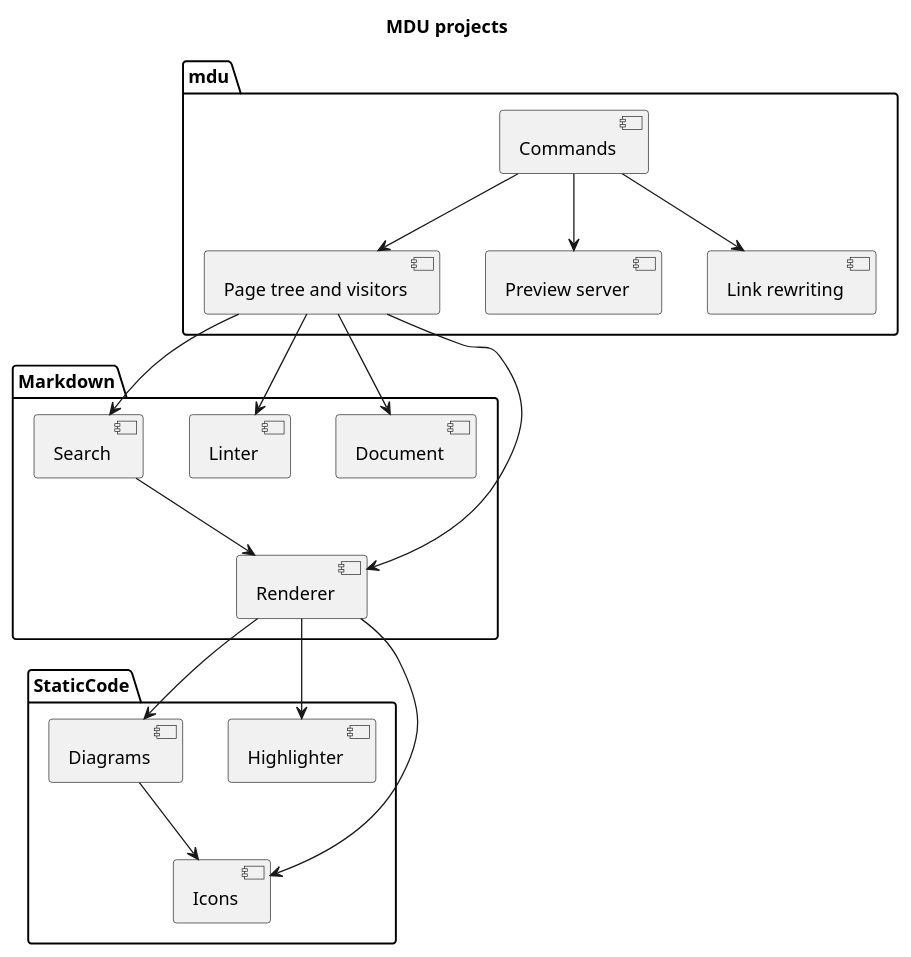
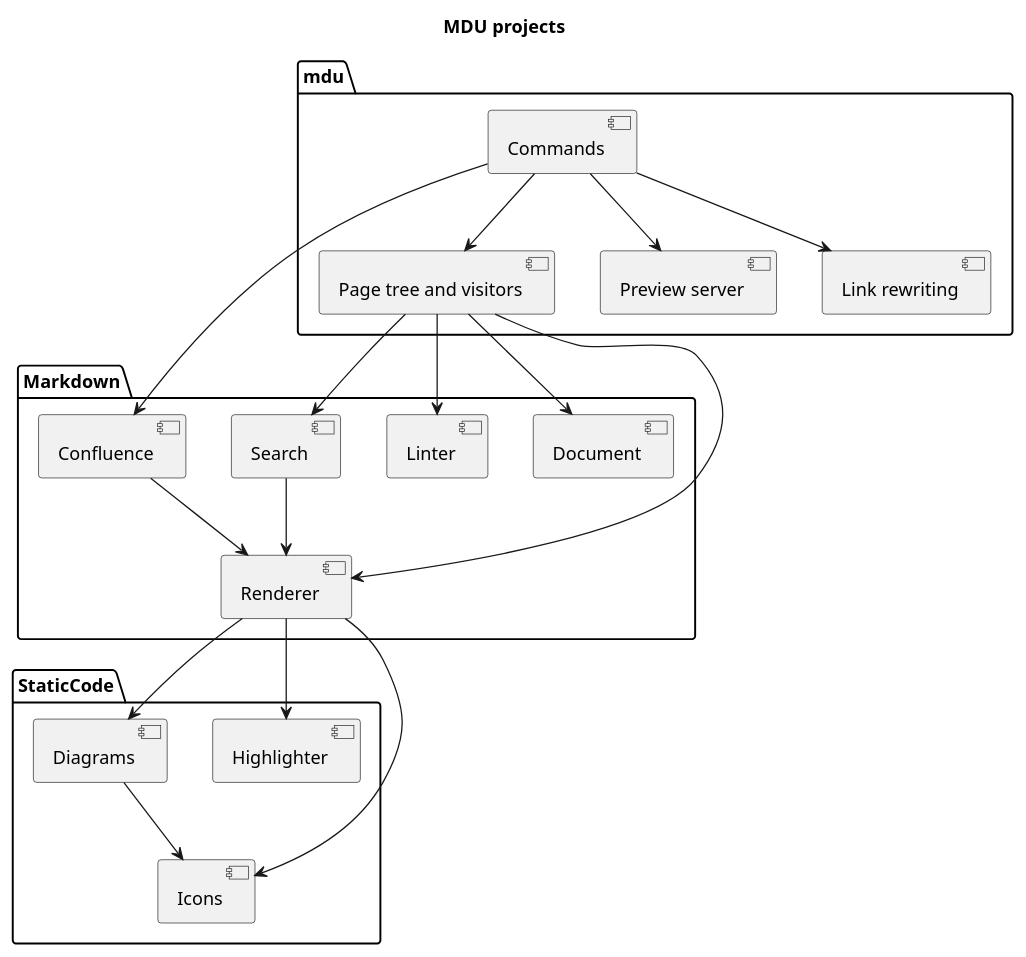
Before and after one commit to capjan/mdu: the diagram in Docs/Architecture/Components.md, drawn with PlantUML. The commit also changed other lines of this file and 22 other files, not shown here.

````diff
--- a/Docs/Architecture/Components.md
+++ b/Docs/Architecture/Components.md
@@ -26,45 +27,49 @@
 ```plantuml
 @startuml
 title MDU projects
 package "mdu" {
   [Commands] as Cli
   [Page tree and visitors] as Graph
   [Preview server] as Preview
   [Link rewriting] as Links
 }
 package "Markdown" {
   [Document] as Doc
   [Linter] as Linter
   [Renderer] as Renderer
   [Search] as Search
+  [Confluence] as Confluence
 }
 package "StaticCode" {
   [Highlighter] as Highlighter
   [Diagrams] as Diagrams
   [Icons] as Icons
 }
 Cli --> Graph
 Cli --> Preview
 Cli --> Links
+Cli --> Confluence
 Graph --> Doc
 Graph --> Linter
 Graph --> Renderer
 Graph --> Search
 Search --> Renderer
+Confluence --> Renderer
 Renderer --> Highlighter
 Renderer --> Diagrams
 Renderer --> Icons
 Diagrams --> Icons
 url of Cli is [[#mdu]]
 url of Graph is [[#mdu]]
 url of Preview is [[#mdu]]
 url of Links is [[#mdu]]
 url of Doc is [[#markdown.document]]
 url of Linter is [[#markdown.linter]]
 url of Renderer is [[#markdown.renderer]]
 url of Search is [[#markdown.search]]
+url of Confluence is [[#markdown.confluence]]
 url of Highlighter is [[#staticcode.highlighter]]
 url of Diagrams is [[#staticcode.diagrams]]
 url of Icons is [[#staticcode.icons]]
 @enduml
 ```
````
